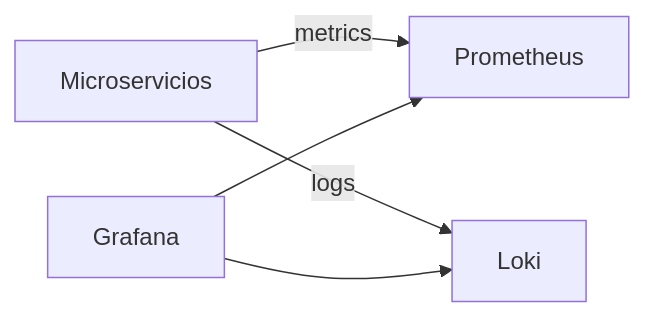
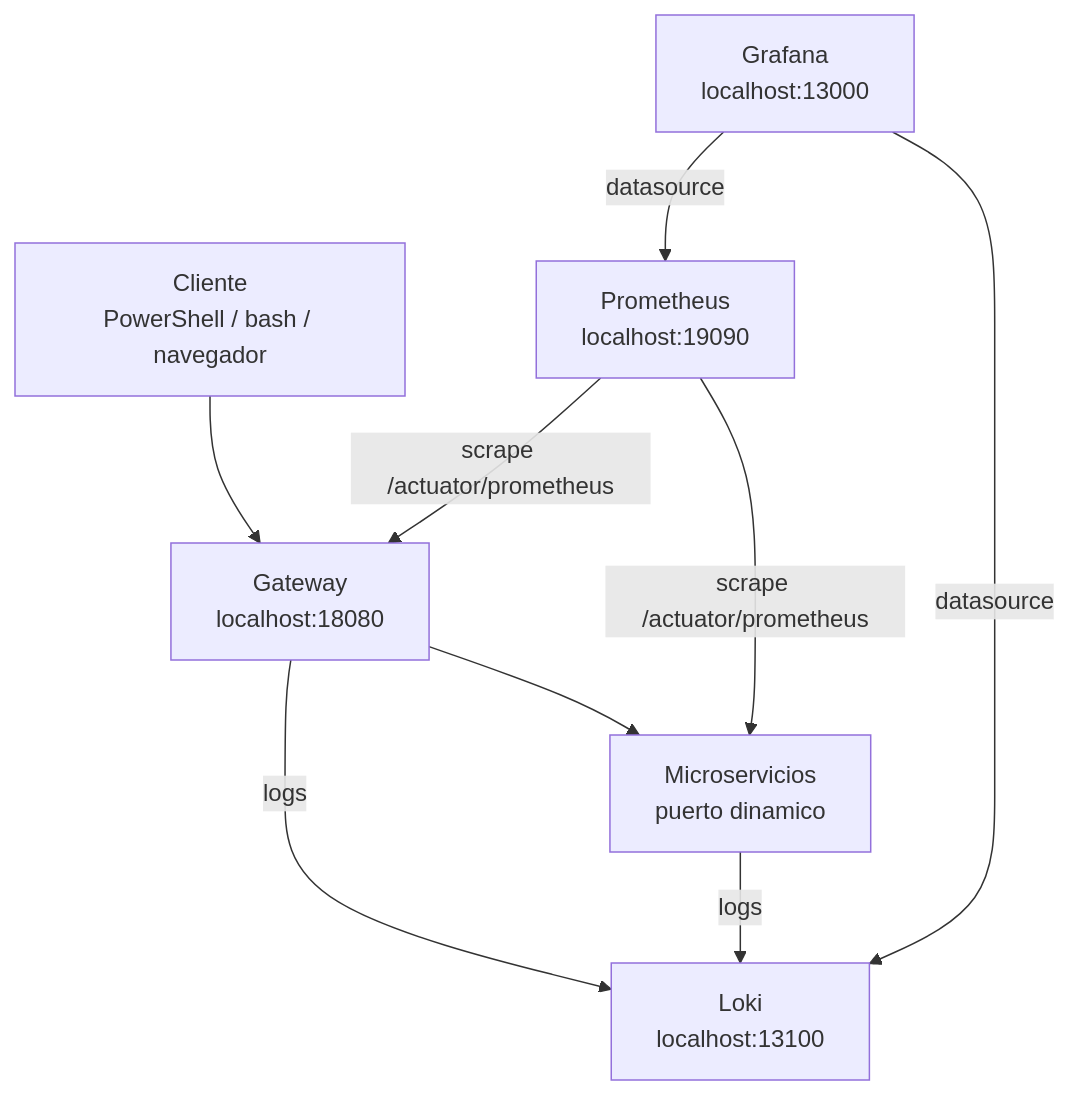
The first of 2 diagrams in docs/sesiones/s10-observabilidad.md (261dist/ecom), drawn with Mermaid before and after one commit. The commit also changed other lines of this file and 11 other files, not shown here.

````diff
--- a/docs/sesiones/s10-observabilidad.md
+++ b/docs/sesiones/s10-observabilidad.md
@@ -44,12 +48,18 @@
 ```mermaid
-flowchart LR
-    Services["Microservicios"]
-    Prometheus["Prometheus"]
-    Loki["Loki"]
-    Grafana["Grafana"]
+flowchart TB
+    Cliente["Cliente<br/>PowerShell / bash / navegador"]
+    Gateway["Gateway<br/>localhost:18080"]
+    Servicios["Microservicios<br/>puerto dinamico"]
+    Prometheus["Prometheus<br/>localhost:19090"]
+    Loki["Loki<br/>localhost:13100"]
+    Grafana["Grafana<br/>localhost:13000"]
 
-    Services -->|"metrics"| Prometheus
-    Services -->|"logs"| Loki
-    Grafana --> Prometheus
-    Grafana --> Loki
+    Cliente --> Gateway
+    Gateway --> Servicios
+    Prometheus -->|"scrape /actuator/prometheus"| Gateway
+    Prometheus -->|"scrape /actuator/prometheus"| Servicios
+    Gateway -->|"logs"| Loki
+    Servicios -->|"logs"| Loki
+    Grafana -->|"datasource"| Prometheus
+    Grafana -->|"datasource"| Loki
 ```
````
